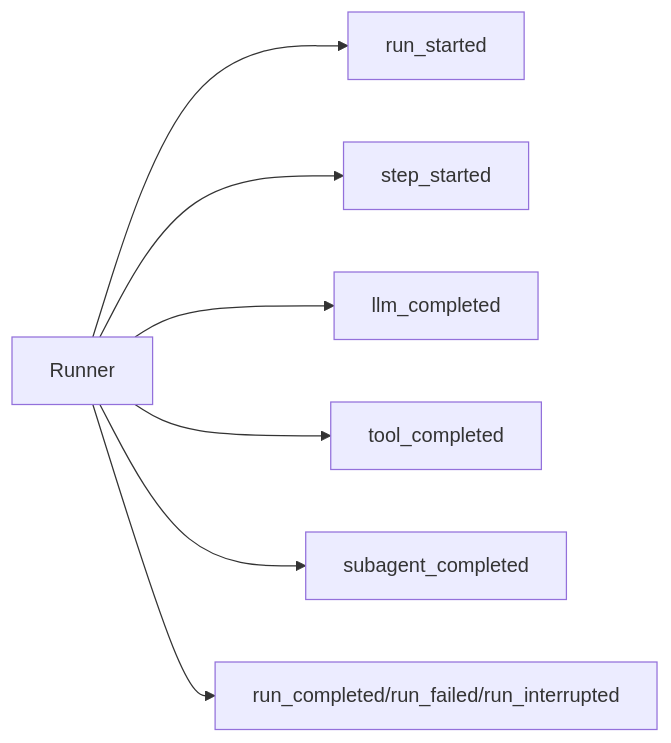
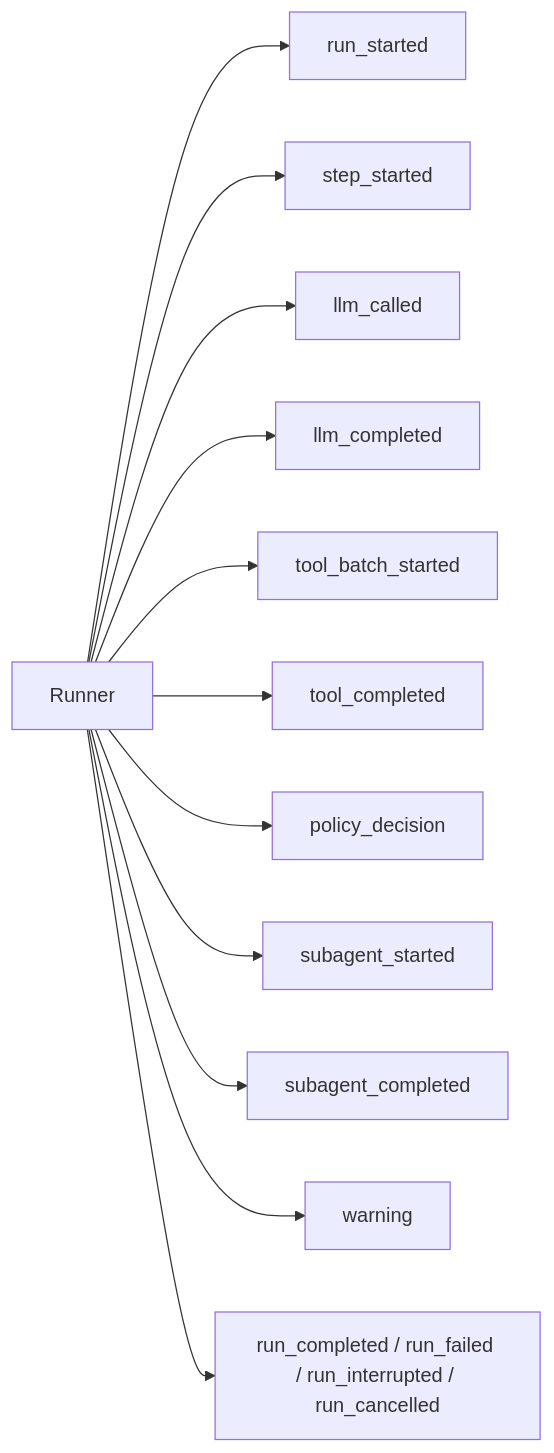
Before and after one commit to Luseefor/afk: the diagram in docs/library/run-event-contract.mdx, drawn with Mermaid. The commit also changed other lines of this file and 50 other files, not shown here.

````diff
--- a/docs/library/run-event-contract.mdx
+++ b/docs/library/run-event-contract.mdx
@@ -8,9 +12,14 @@
 ```mermaid
 flowchart LR
     Runner --> Started[run_started]
     Runner --> Step[step_started]
-    Runner --> LLM[llm_completed]
-    Runner --> Tool[tool_completed]
-    Runner --> Subagent[subagent_completed]
-    Runner --> Terminal[run_completed/run_failed/run_interrupted]
+    Runner --> LLMCalled[llm_called]
+    Runner --> LLMDone[llm_completed]
+    Runner --> ToolBatch[tool_batch_started]
+    Runner --> ToolDone[tool_completed]
+    Runner --> Policy[policy_decision]
+    Runner --> SubStart[subagent_started]
+    Runner --> SubDone[subagent_completed]
+    Runner --> Warning[warning]
+    Runner --> Terminal[run_completed / run_failed / run_interrupted / run_cancelled]
 ```
````
